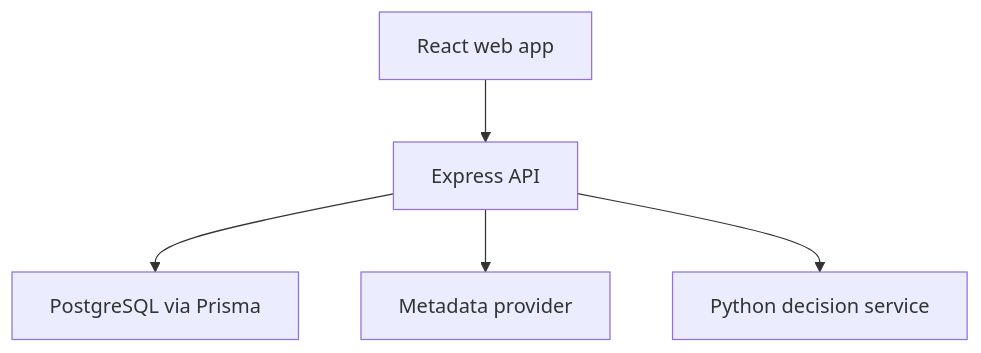
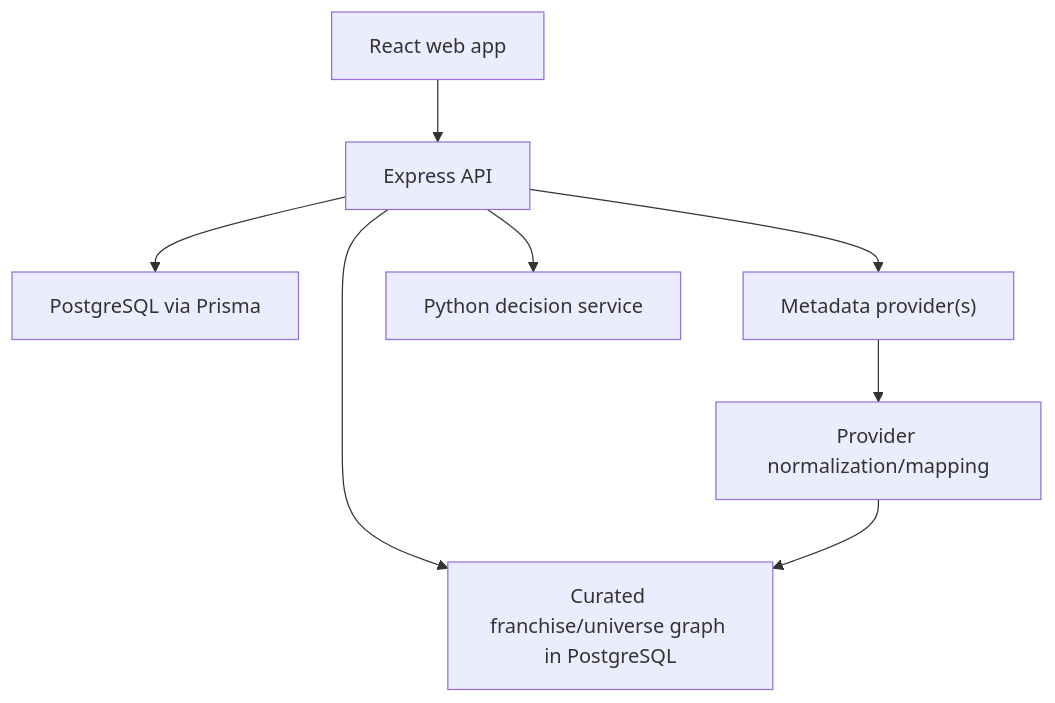
The diagram in docs/ARCHITECTURE.md (SahanPramuditha-Dev/Scenic-2.0), drawn with Mermaid before and after one commit. The commit also changed other lines of this file, not shown here.

Commit message:
docs: integrate franchise universe tracking into architecture

````diff
--- a/docs/ARCHITECTURE.md
+++ b/docs/ARCHITECTURE.md
@@ -3,7 +3,10 @@
 ```mermaid
 flowchart TD
   W["React web app"] --> A["Express API"]
   A --> D["PostgreSQL via Prisma"]
-  A --> P["Metadata provider"]
+  A --> P["Metadata provider(s)"]
   A --> R["Python decision service"]
+  A --> C["Curated franchise/universe graph in PostgreSQL"]
+  P --> N["Provider normalization/mapping"]
+  N --> C
 ```
````
